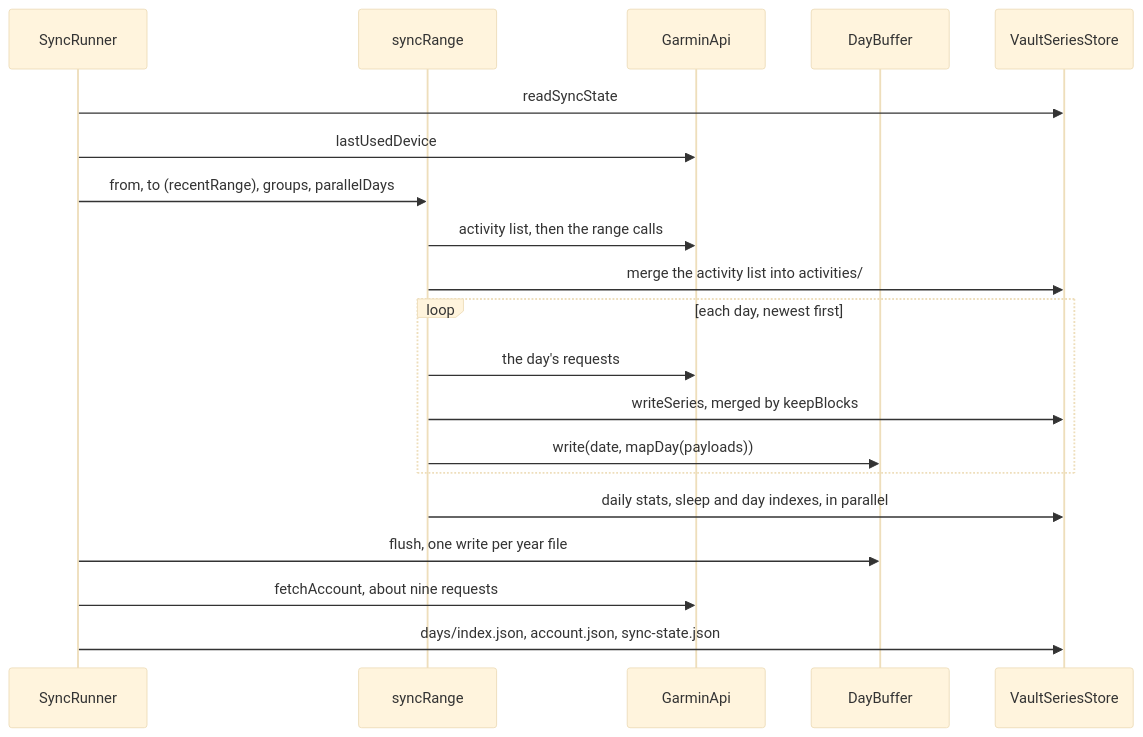
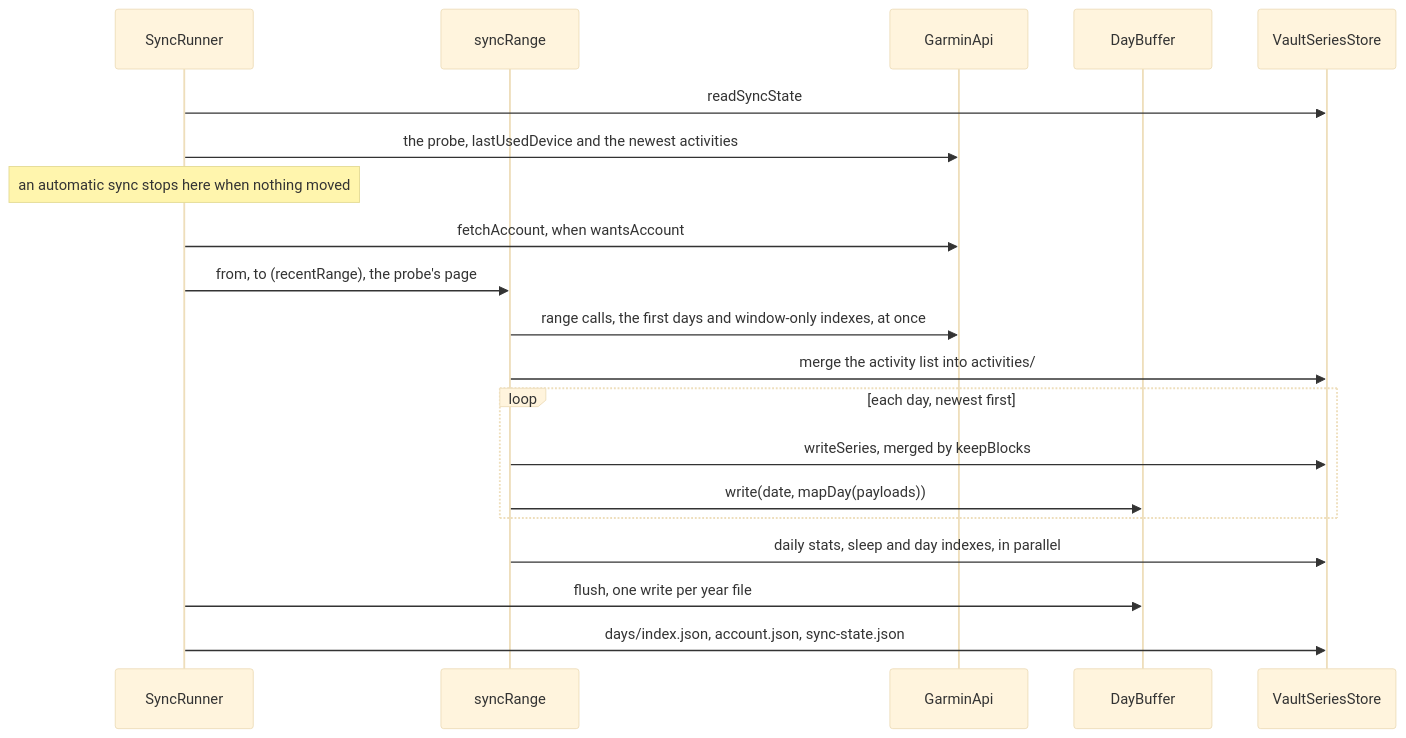
One commit to tareqayz/Obsidian-Garmin-Connect changed the second of 4 diagrams in docs/architecture.md. Above: the diagram before and after it, drawn with Mermaid (base theme). The commit also changed other lines of this file and 138 other files, not shown here.

First line of the commit message:
Feature/automatic sync (#37)

````diff
--- a/docs/architecture.md
+++ b/docs/architecture.md
@@ -170,22 +194,22 @@
 ```mermaid
 sequenceDiagram
   participant R as SyncRunner
   participant E as syncRange
   participant G as GarminApi
   participant B as DayBuffer
   participant S as VaultSeriesStore
   R->>S: readSyncState
-  R->>G: lastUsedDevice
-  R->>E: from, to (recentRange), groups, parallelDays
-  E->>G: activity list, then the range calls
+  R->>G: the probe, lastUsedDevice and the newest activities
+  Note over R: an automatic sync stops here when nothing moved
+  R->>G: fetchAccount, when wantsAccount
+  R->>E: from, to (recentRange), the probe's page
+  E->>G: range calls, the first days and window-only indexes, at once
   E->>S: merge the activity list into activities/
   loop each day, newest first
-    E->>G: the day's requests
     E->>S: writeSeries, merged by keepBlocks
     E->>B: write(date, mapDay(payloads))
   end
   E->>S: daily stats, sleep and day indexes, in parallel
   R->>B: flush, one write per year file
-  R->>G: fetchAccount, about nine requests
   R->>S: days/index.json, account.json, sync-state.json
 ```
````
